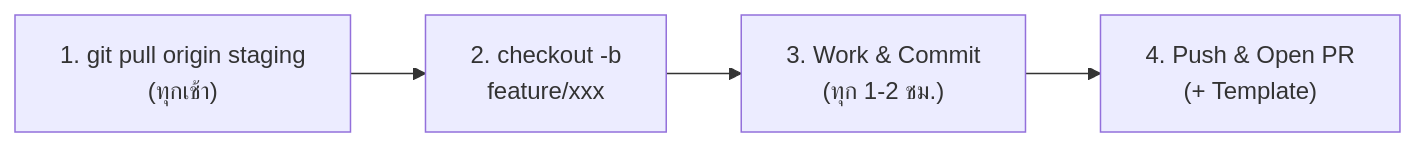
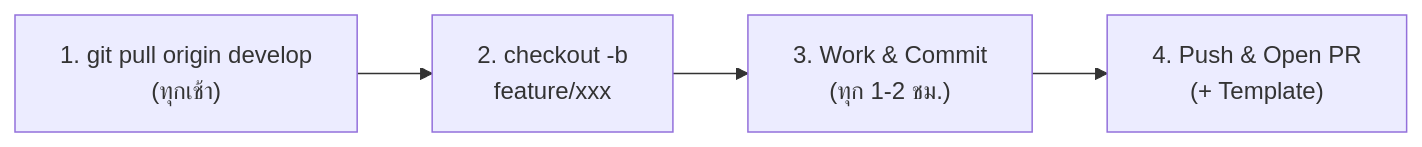
Before and after one commit to Siam-GS-Battery/SOP-SDLC-PLAN: the second of 4 diagrams in documentation/07_GIT_WORKFLOW/7.1_Branching_Strategy.md, drawn with Mermaid. The commit also changed other lines of this file and 15 other files, not shown here.

````diff
--- a/documentation/07_GIT_WORKFLOW/7.1_Branching_Strategy.md
+++ b/documentation/07_GIT_WORKFLOW/7.1_Branching_Strategy.md
@@ -90,6 +92,6 @@
 ```mermaid
 flowchart LR
-    A["1. git pull origin staging\n(ทุกเช้า)"] --> B["2. checkout -b\nfeature/xxx"]
+    A["1. git pull origin develop\n(ทุกเช้า)"] --> B["2. checkout -b\nfeature/xxx"]
     B --> C["3. Work & Commit\n(ทุก 1-2 ชม.)"]
     C --> D["4. Push & Open PR\n(+ Template)"]
 ```
````
